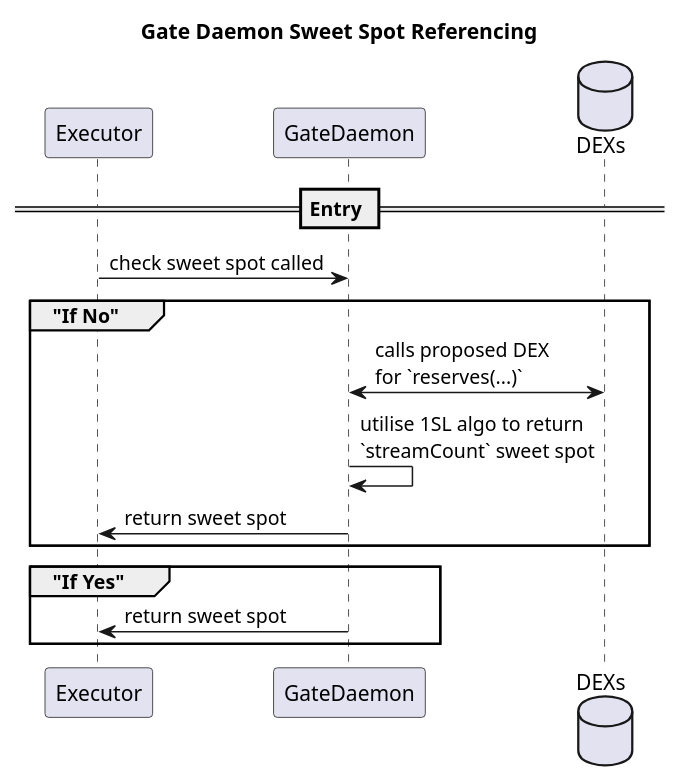
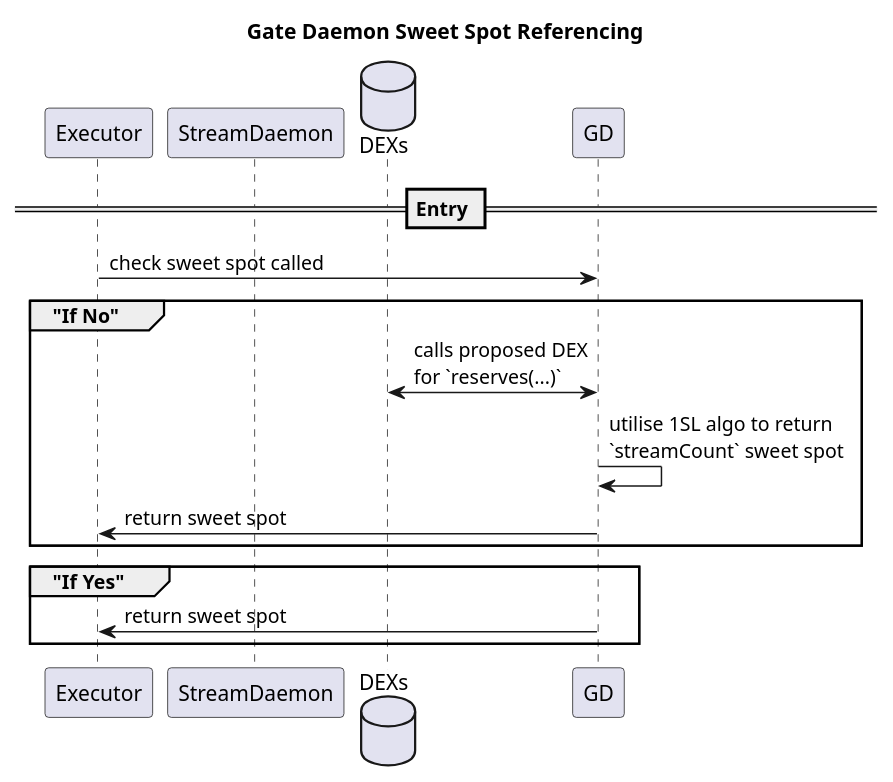
The diagram in diagrams/flows/util-stream-daemon-sweet-spot-recache.puml (1SLiquidity/core), drawn with PlantUML before and after one commit. The commit also changed 5 other files, not shown here.

```diff
--- a/diagrams/flows/util-stream-daemon-sweet-spot-recache.puml
+++ b/diagrams/flows/util-stream-daemon-sweet-spot-recache.puml
@@ -1,19 +1,19 @@
 @startuml BotSettlingProd
 title Gate Daemon Sweet Spot Referencing
 
 participant "Executor" as E
-participant "GateDaemon" as GD
+participant "StreamDaemon" as SD
 database "DEXs" as DEX
 
 == Entry ==
 E -> GD: check sweet spot called
 group "If No"
 GD <-> DEX: calls proposed DEX\nfor `reserves(...)`
 GD -> GD: utilise 1SL algo to return\n`streamCount` sweet spot
 GD -> E: return sweet spot
 end group
 group "If Yes"
 GD -> E: return sweet spot
 end group
 
 @enduml
```
